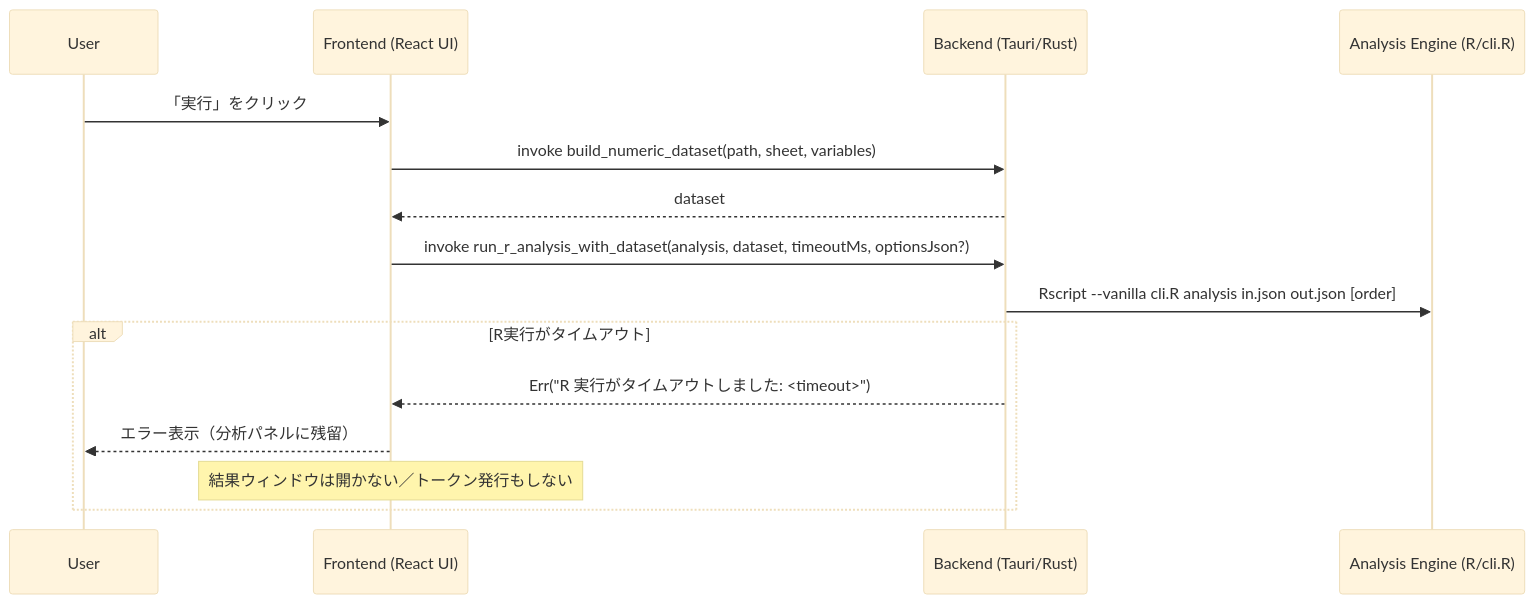
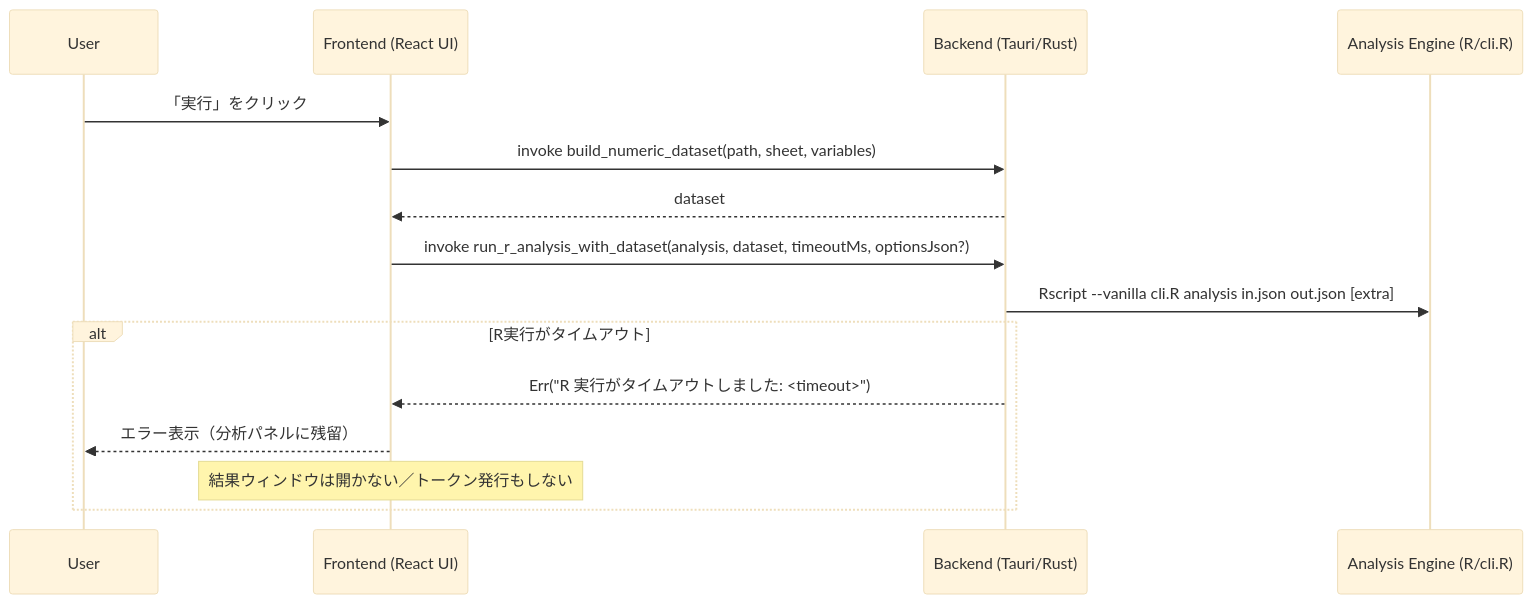
The third of 3 diagrams in docs/ARCHITECTURE.md (stkii/sai), drawn with Mermaid (base theme) before and after one commit. The commit also changed other lines of this file and 2 other files, not shown here.

````diff
--- a/docs/ARCHITECTURE.md
+++ b/docs/ARCHITECTURE.md
@@ -57,20 +60,20 @@
 ```mermaid
 sequenceDiagram
     participant U as User
     participant F as Frontend (React UI)
     participant T as Backend (Tauri/Rust)
     participant R as Analysis Engine (R/cli.R)
 
     U->>F: 「実行」をクリック
     F->>T: invoke build_numeric_dataset(path, sheet, variables)
     T-->>F: dataset
 
     F->>T: invoke run_r_analysis_with_dataset(analysis, dataset, timeoutMs, optionsJson?)
-    T->>R: Rscript --vanilla cli.R analysis in.json out.json [order]
+    T->>R: Rscript --vanilla cli.R analysis in.json out.json [extra]
 
     alt R実行がタイムアウト
       T-->>F: Err("R 実行がタイムアウトしました: <timeout>")
       F-->>U: エラー表示（分析パネルに残留）
       Note over F: 結果ウィンドウは開かない／トークン発行もしない
     end
 ```
````
